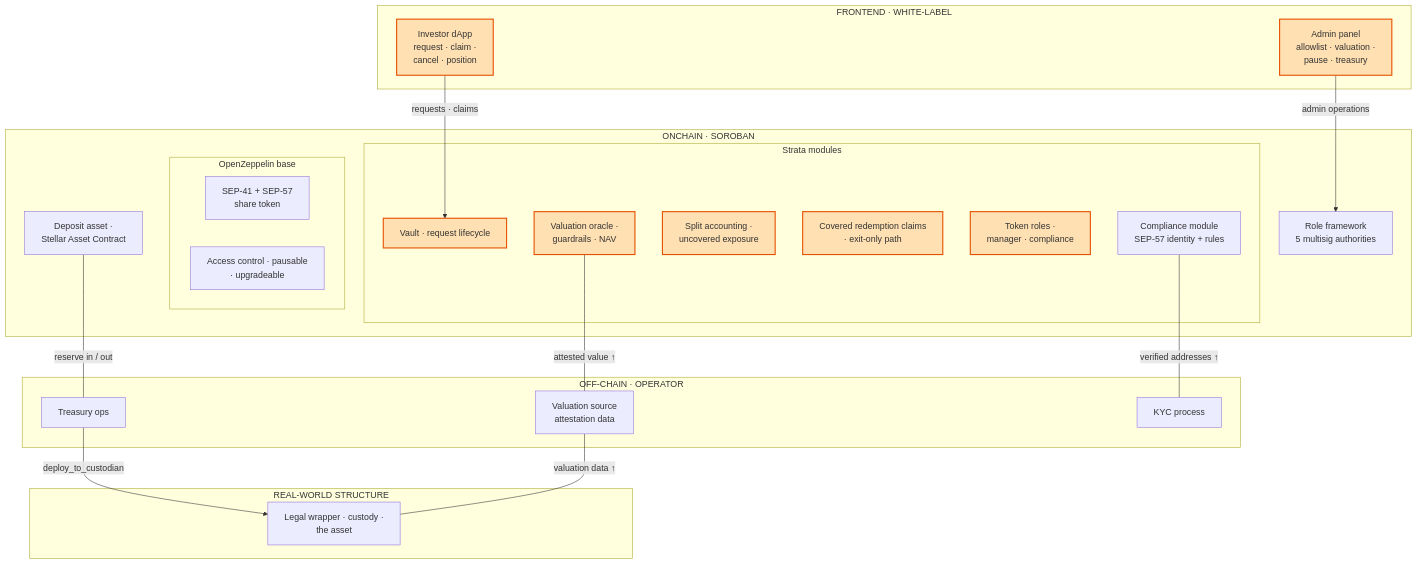
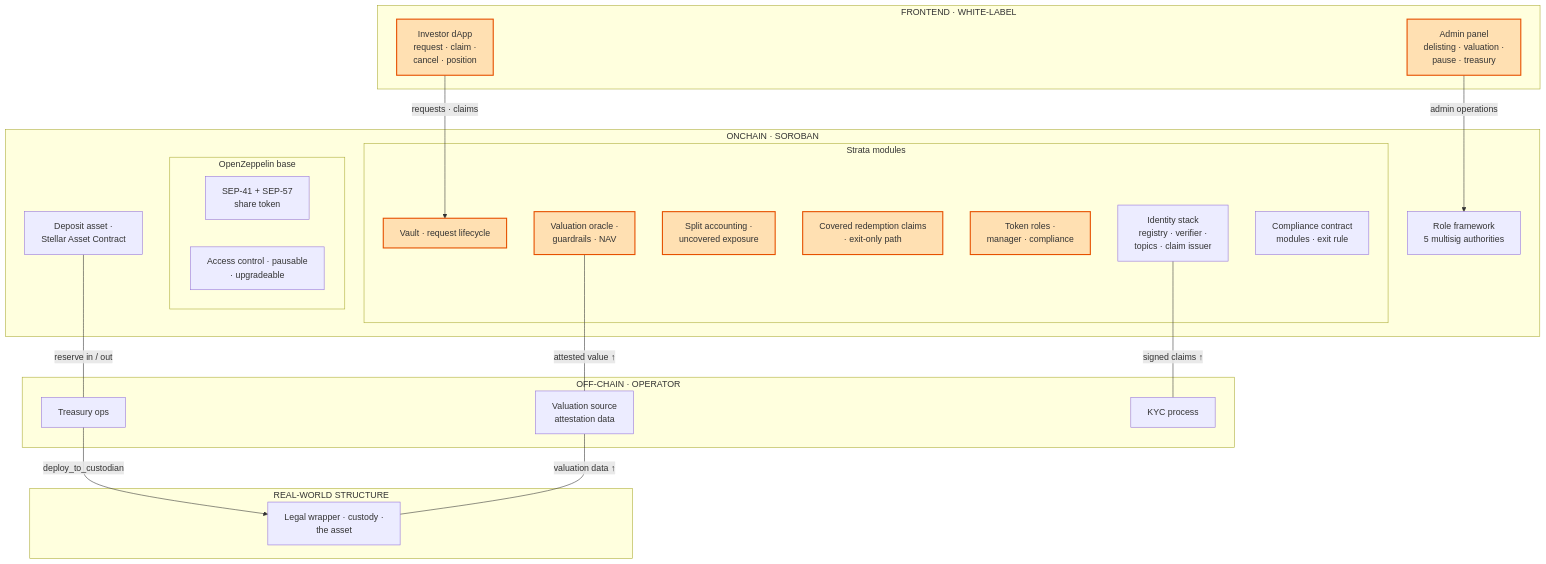
Before and after one commit to BootNodeDev/strata-vault-kit: the first of 5 diagrams in docs/strata-product-and-architecture.md, drawn with Mermaid. The commit also changed other lines of this file, not shown here.

Commit message:
docs: describe the identity stack in the design

````diff
--- a/docs/strata-product-and-architecture.md
+++ b/docs/strata-product-and-architecture.md
@@ -202,44 +214,45 @@
 ```mermaid
 flowchart TB
     subgraph FE["FRONTEND · WHITE-LABEL"]
         LP["Investor dApp<br/>request · claim ·<br/>cancel · position"]:::strata
-        ADM["Admin panel<br/>allowlist · valuation ·<br/>pause · treasury"]:::strata
+        ADM["Admin panel<br/>delisting · valuation ·<br/>pause · treasury"]:::strata
     end
 
     subgraph ON["ONCHAIN · SOROBAN"]
         subgraph OZ["OpenZeppelin base"]
             ST["SEP-41 + SEP-57<br/>share token"]
             AC["Access control · pausable<br/>· upgradeable"]
         end
         SAC["Deposit asset ·<br/>Stellar Asset Contract"]
         subgraph SM["Strata modules"]
             V["Vault · request lifecycle"]:::strata
             OR["Valuation oracle ·<br/>guardrails · NAV"]:::strata
             SA["Split accounting ·<br/>uncovered exposure"]:::strata
             RQ["Covered redemption claims<br/>· exit-only path"]:::strata
             MGR["Token roles ·<br/>manager · compliance"]:::strata
-            IVC["Compliance module<br/>SEP-57 identity + rules"]
+            IVC["Identity stack<br/>registry · verifier ·<br/>topics · claim issuer"]
+            CPC["Compliance contract<br/>modules · exit rule"]
         end
         AUTH["Role framework<br/>5 multisig authorities"]
     end
 
     subgraph OFF["OFF-CHAIN · OPERATOR"]
         TR["Treasury ops"]
         VS["Valuation source<br/>attestation data"]
         KYC["KYC process"]
     end
 
     subgraph RW["REAL-WORLD STRUCTURE"]
         CU["Legal wrapper · custody ·<br/>the asset"]
     end
 
     LP -->|"requests · claims"| V
     ADM -->|"admin operations"| AUTH
     OR ---|"attested value ↑"| VS
-    IVC ---|"verified addresses ↑"| KYC
+    IVC ---|"signed claims ↑"| KYC
     SAC ---|"reserve in / out"| TR
     TR -->|"deploy_to_custodian"| CU
     VS ---|"valuation data ↑"| CU
 
     classDef strata fill:#FFE0B2,stroke:#E65100,stroke-width:2px
 ```
````
